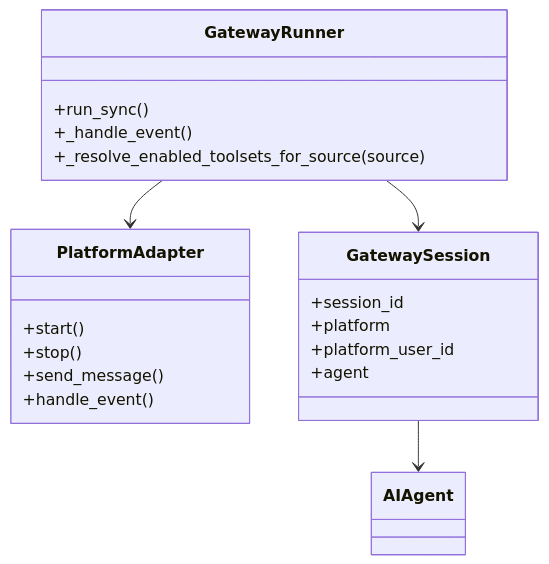
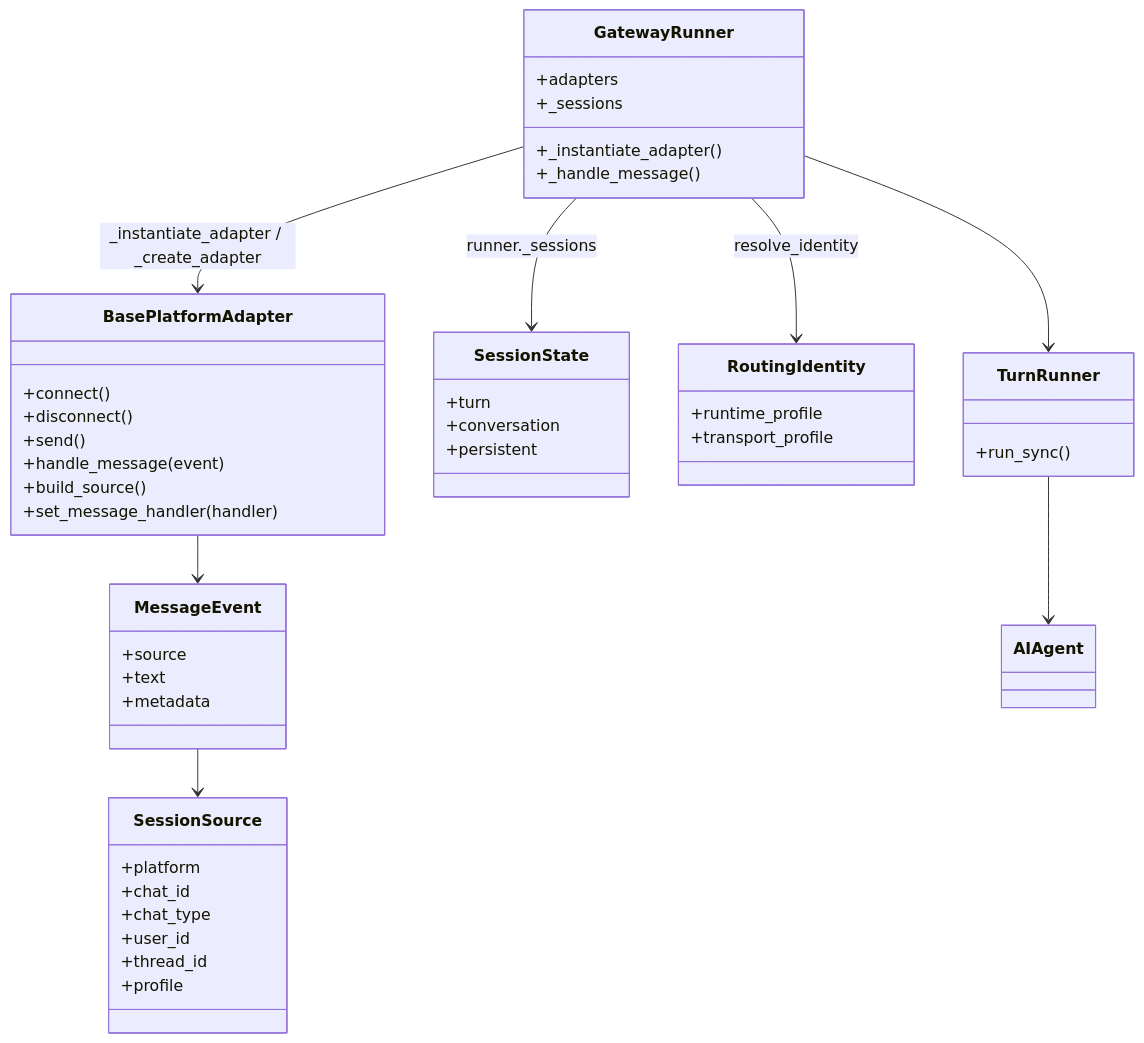
The fourth of 4 diagrams in docs/sourceReader/05-消息网关与平台适配.md (adrian9778/hermes-agent), drawn with Mermaid before and after one commit. The commit also changed other lines of this file and 22 other files, not shown here.

````diff
--- a/docs/sourceReader/05-消息网关与平台适配.md
+++ b/docs/sourceReader/05-消息网关与平台适配.md
@@ -149,23 +367,49 @@
 ```mermaid
 classDiagram
     class GatewayRunner {
+        +adapters
+        +_sessions
+        +_instantiate_adapter()
+        +_handle_message()
+    }
+    class BasePlatformAdapter {
+        +connect()
+        +disconnect()
+        +send()
+        +handle_message(event)
+        +build_source()
+        +set_message_handler(handler)
+    }
+    class MessageEvent {
+        +source
+        +text
+        +metadata
+    }
+    class SessionSource {
+        +platform
+        +chat_id
+        +chat_type
+        +user_id
+        +thread_id
+        +profile
+    }
+    class SessionState {
+        +turn
+        +conversation
+        +persistent
+    }
+    class RoutingIdentity {
+        +runtime_profile
+        +transport_profile
+    }
+    class TurnRunner {
         +run_sync()
-        +_handle_event()
-        +_resolve_enabled_toolsets_for_source(source)
     }
-    class PlatformAdapter {
-        +start()
-        +stop()
-        +send_message()
-        +handle_event()
-    }
-    class GatewaySession {
-        +session_id
-        +platform
-        +platform_user_id
-        +agent
-    }
-    GatewayRunner --> PlatformAdapter
-    GatewayRunner --> GatewaySession
-    GatewaySession --> AIAgent
+    GatewayRunner --> BasePlatformAdapter : _instantiate_adapter / _create_adapter
+    BasePlatformAdapter --> MessageEvent
+    MessageEvent --> SessionSource
+    GatewayRunner --> SessionState : runner._sessions
+    GatewayRunner --> RoutingIdentity : resolve_identity
+    GatewayRunner --> TurnRunner
+    TurnRunner --> AIAgent
 ```
````
